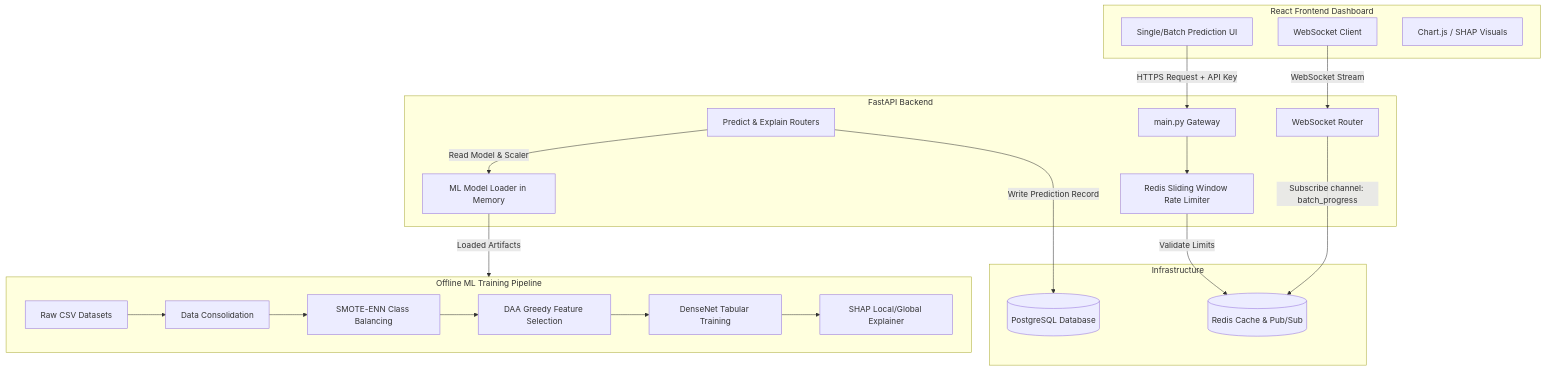
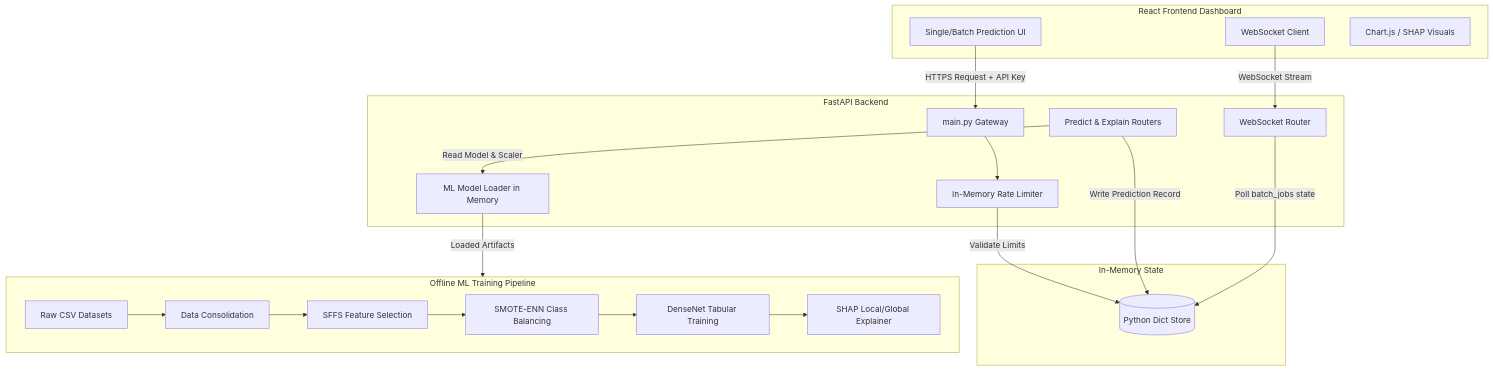
The diagram in README.md (Ashwin-Acharya-388/daa_el), drawn with Mermaid before and after one commit. The commit also changed other lines of this file and 25 other files, not shown here.

````diff
--- a/README.md
+++ b/README.md
@@ -14,38 +29,37 @@
 ```mermaid
 graph TD
     subgraph Client [React Frontend Dashboard]
         UI[Single/Batch Prediction UI]
         WS[WebSocket Client]
         Charts[Chart.js / SHAP Visuals]
     end
 
     subgraph API [FastAPI Backend]
         App[main.py Gateway]
-        Rate[Redis Sliding Window Rate Limiter]
+        Rate[In-Memory Rate Limiter]
         PredictRouter[Predict & Explain Routers]
         WSRouter[WebSocket Router]
         Loader[ML Model Loader in Memory]
     end
 
-    subgraph Data & Cache [Infrastructure]
-        DB[(PostgreSQL Database)]
-        Cache[(Redis Cache & Pub/Sub)]
+    subgraph Store [In-Memory State]
+        State[(Python Dict Store)]
     end
 
     subgraph ML [Offline ML Training Pipeline]
         Raw[Raw CSV Datasets] --> Cons[Data Consolidation]
-        Cons --> Bal[SMOTE-ENN Class Balancing]
-        Bal --> Feat[DAA Greedy Feature Selection]
-        Feat --> Dense[DenseNet Tabular Training]
+        Cons --> Feat[SFFS Feature Selection]
+        Feat --> Bal[SMOTE-ENN Class Balancing]
+        Bal --> Dense[DenseNet Tabular Training]
         Dense --> Expl[SHAP Local/Global Explainer]
     end
 
     UI -->|HTTPS Request + API Key| App
     App --> Rate
-    Rate -->|Validate Limits| Cache
+    Rate -->|Validate Limits| State
     PredictRouter -->|Read Model & Scaler| Loader
     Loader -->|Loaded Artifacts| ML
-    PredictRouter -->|Write Prediction Record| DB
-    WSRouter -->|Subscribe channel: batch_progress| Cache
+    PredictRouter -->|Write Prediction Record| State
+    WSRouter -->|Poll batch_jobs state| State
     WS -->|WebSocket Stream| WSRouter
 ```
````
